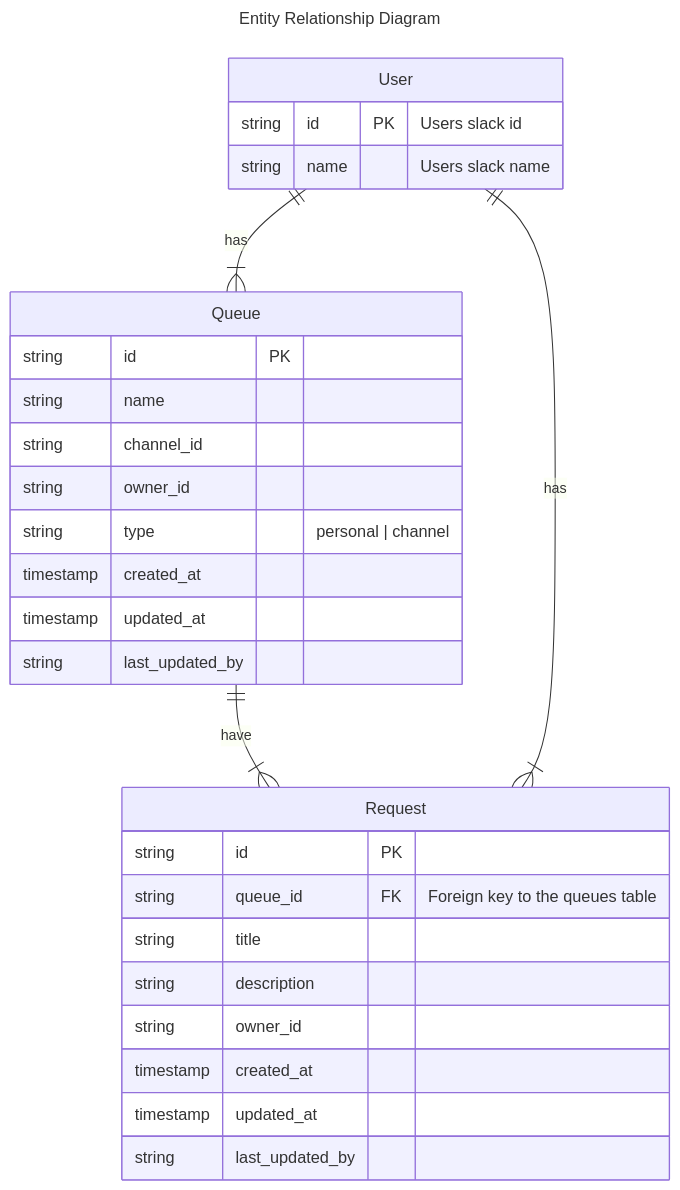
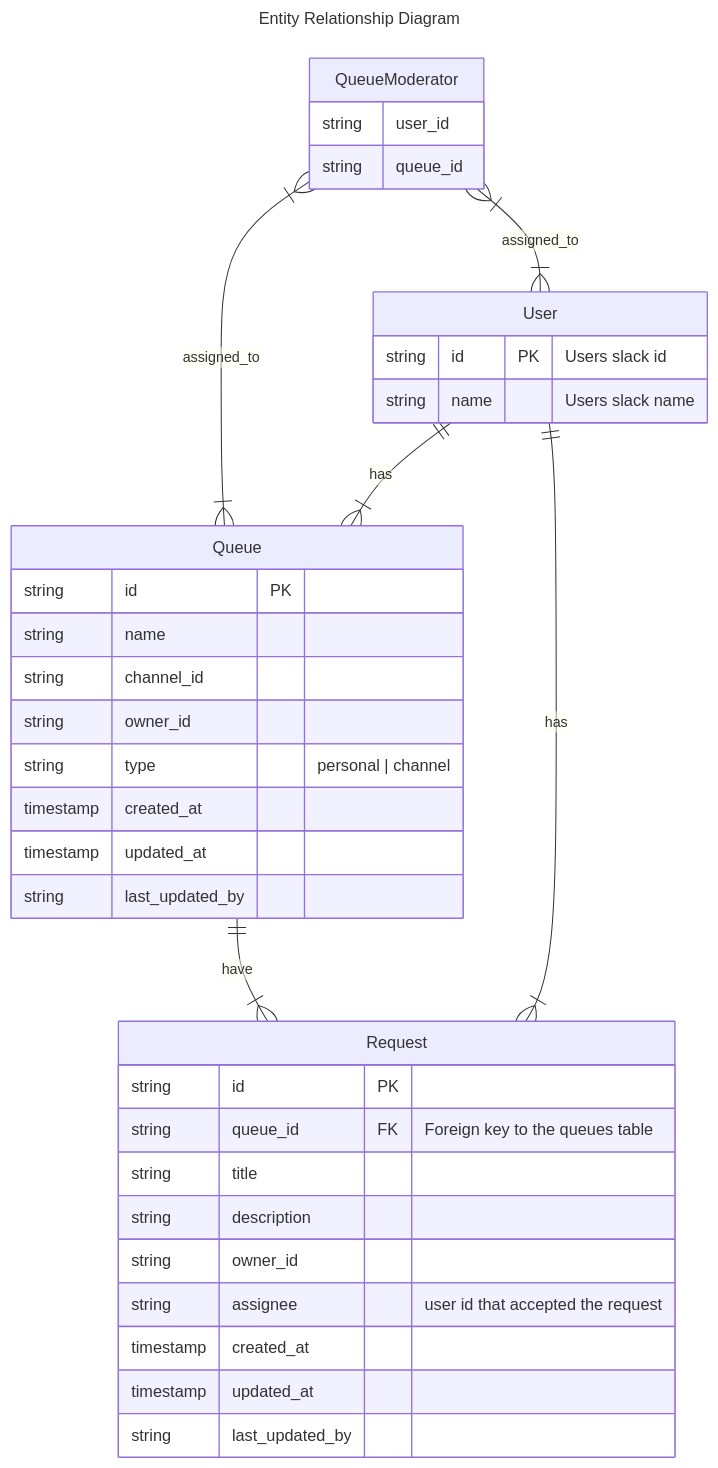
One commit to HulaTime/slack-reQuest changed the diagram in README.md. Above: the diagram before and after it, drawn with Mermaid. The commit also changed 1 other file, not shown here.

Commit message:
feat: create queue moderators table

````diff
--- a/README.md
+++ b/README.md
@@ -3,39 +3,47 @@
 ```mermaid
 ---
 title: Entity Relationship Diagram
 ---
 erDiagram
 
 User {
     string id PK "Users slack id"
     string name "Users slack name"
 }
 
 Queue {
     string id PK
     string name
     string channel_id
     string owner_id
     string type "personal | channel"
     timestamp created_at
     timestamp updated_at
     string last_updated_by
 }
 
+QueueModerator {
+    string user_id
+    string queue_id
+}
+
 Request {
     string id PK
     string queue_id FK "Foreign key to the queues table"
     string title
     string description
     string owner_id
+    string assignee "user id that accepted the request"
     timestamp created_at
     timestamp updated_at
     string last_updated_by
 }
 
 Queue ||--|{ Request : have
 User ||--|{ Queue : has
 User ||--|{ Request : has
 
+QueueModerator }|--|{ Queue : assigned_to 
+QueueModerator }|--|{ User: assigned_to
 
 ```
````
